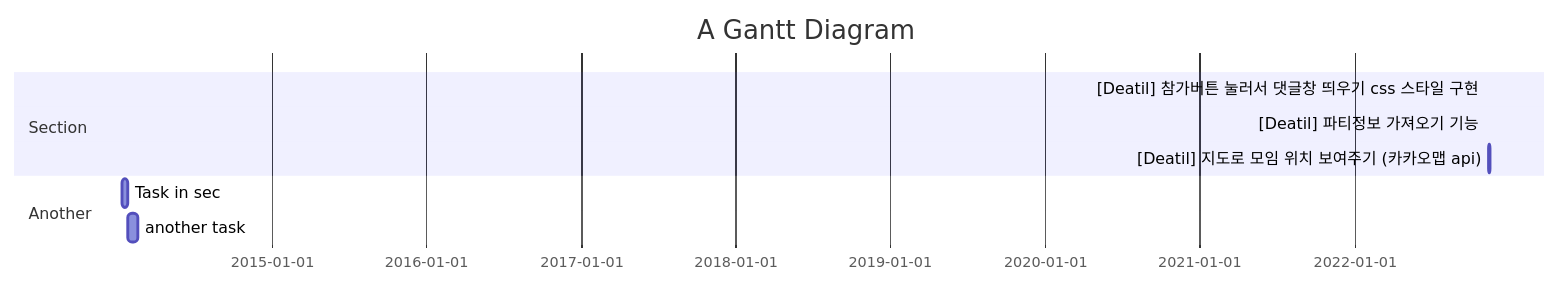
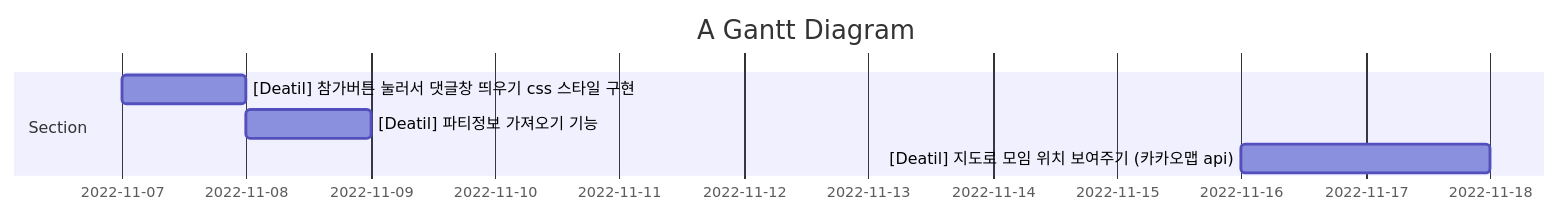
Before and after one commit to kkkimjiyong/BoardWith_FE: the diagram in README.md, drawn with Mermaid.

````diff
--- a/README.md
+++ b/README.md
@@ -12,12 +12,9 @@
 ```mermaid
 gantt
     title A Gantt Diagram
     dateFormat  YYYY-MM-DD
     section Section
     [Deatil] 참가버튼 눌러서 댓글창 띄우기 css 스타일 구현 :a1, 2022-11-07, 1d
     [Deatil]  파티정보 가져오기 기능   :after a1  , 2022-11-08, 1d
       [Deatil]  지도로 모임 위치 보여주기 (카카오맵 api)   :   2022-11-16, 2d
-    section Another
-    Task in sec      :2014-01-12  , 12d
-    another task      : 24d
 ```
````
